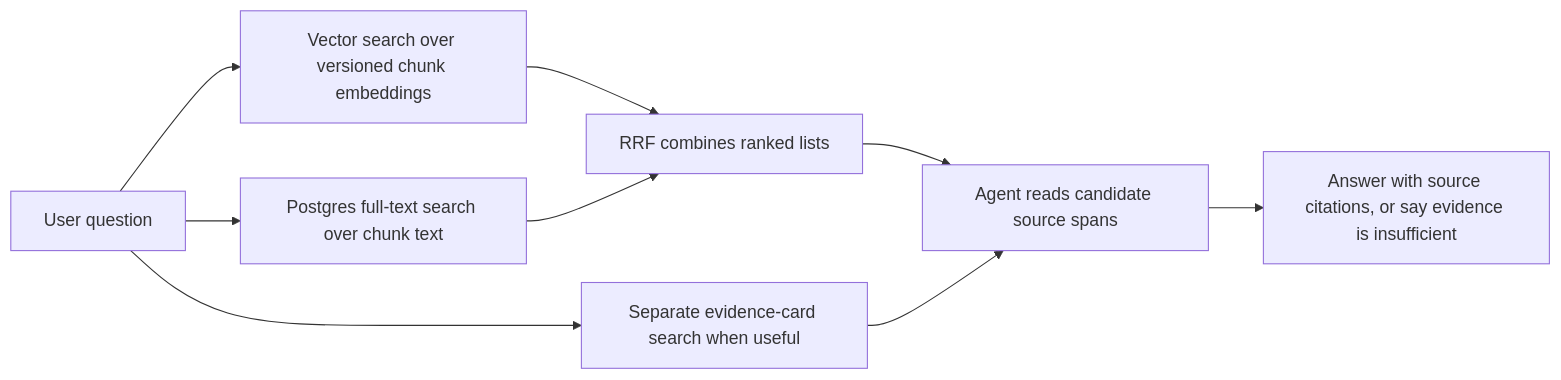
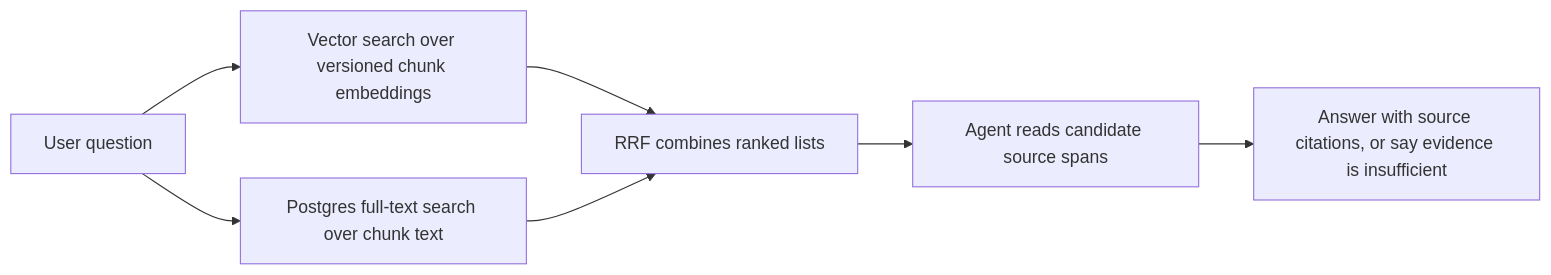
Before and after one commit to matteop92/knowledge-base-agent: the diagram in RETRIEVAL.md, drawn with Mermaid. The commit also changed other lines of this file and 47 other files, not shown here.

````diff
--- a/RETRIEVAL.md
+++ b/RETRIEVAL.md
@@ -5,11 +5,9 @@
 ```mermaid
 flowchart LR
     Q[User question] --> V[Vector search over versioned chunk embeddings]
     Q --> T[Postgres full-text search over chunk text]
     V --> R[RRF combines ranked lists]
     T --> R
     R --> E[Agent reads candidate source spans]
-    Q --> C[Separate evidence-card search when useful]
-    C --> E
     E --> A[Answer with source citations, or say evidence is insufficient]
 ```
````
